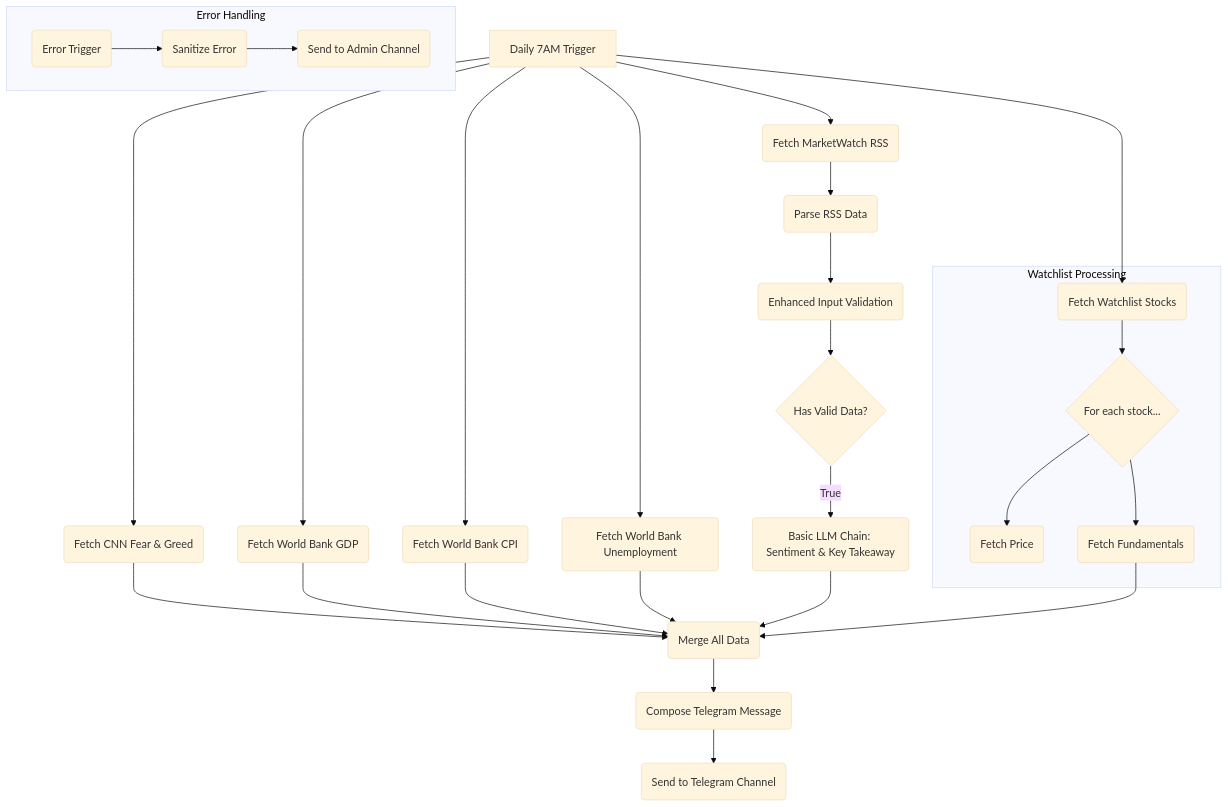
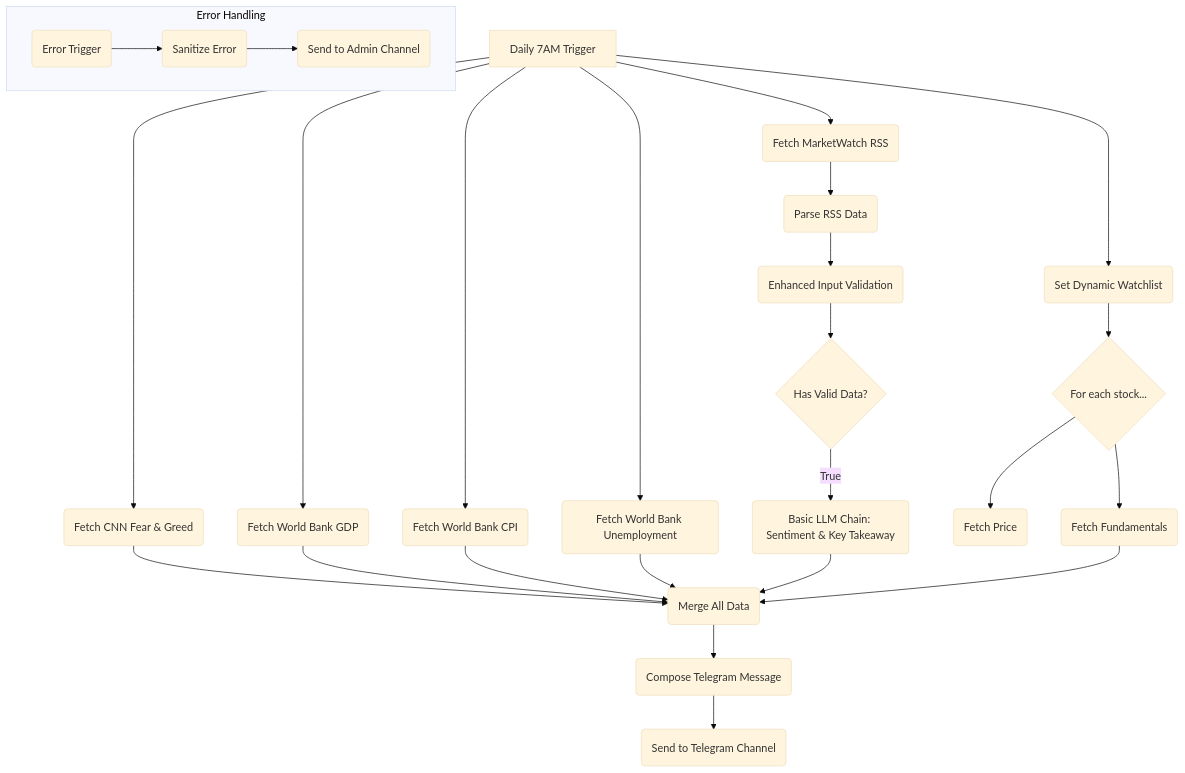
Before and after one commit to creator35lwb-web/MarketPulse: the diagram in docs/WORKFLOW_V4_SPECIFICATION.md, drawn with Mermaid (base theme). The commit also changed other lines of this file, not shown here.

Commit message:
Finalize MarketPulse v4.0 Specification - Dynamic watchlist, dated economic data with validation links

````diff
--- a/docs/WORKFLOW_V4_SPECIFICATION.md
+++ b/docs/WORKFLOW_V4_SPECIFICATION.md
@@ -26,36 +24,34 @@
 ```mermaid
 graph TD
     A[Daily 7AM Trigger] --> B(Fetch CNN Fear & Greed);
     A --> C(Fetch World Bank GDP);
     A --> D(Fetch World Bank CPI);
     A --> E(Fetch World Bank Unemployment);
     A --> F(Fetch MarketWatch RSS);
-    A --> G(Fetch Watchlist Stocks);
+    A --> G(Set Dynamic Watchlist);
 
-    subgraph Watchlist Processing
-        G --> H{For each stock...};
-        H --> I(Fetch Price);
-        H --> J(Fetch Fundamentals);
-    end
+    G --> H{For each stock...};
+    H --> I(Fetch Price);
+    H --> J(Fetch Fundamentals);
 
     F --> K(Parse RSS Data);
     K --> L(Enhanced Input Validation);
     L --> M{Has Valid Data?};
 
     M -- True --> N(Basic LLM Chain: Sentiment & Key Takeaway);
     
     B --> O(Merge All Data);
     C --> O;
     D --> O;
     E --> O;
     N --> O;
     J --> O;
 
     O --> P(Compose Telegram Message);
     P --> Q(Send to Telegram Channel);
 
     subgraph Error Handling
         R(Error Trigger) --> S(Sanitize Error);
         S --> T(Send to Admin Channel);
     end
 ```
````
